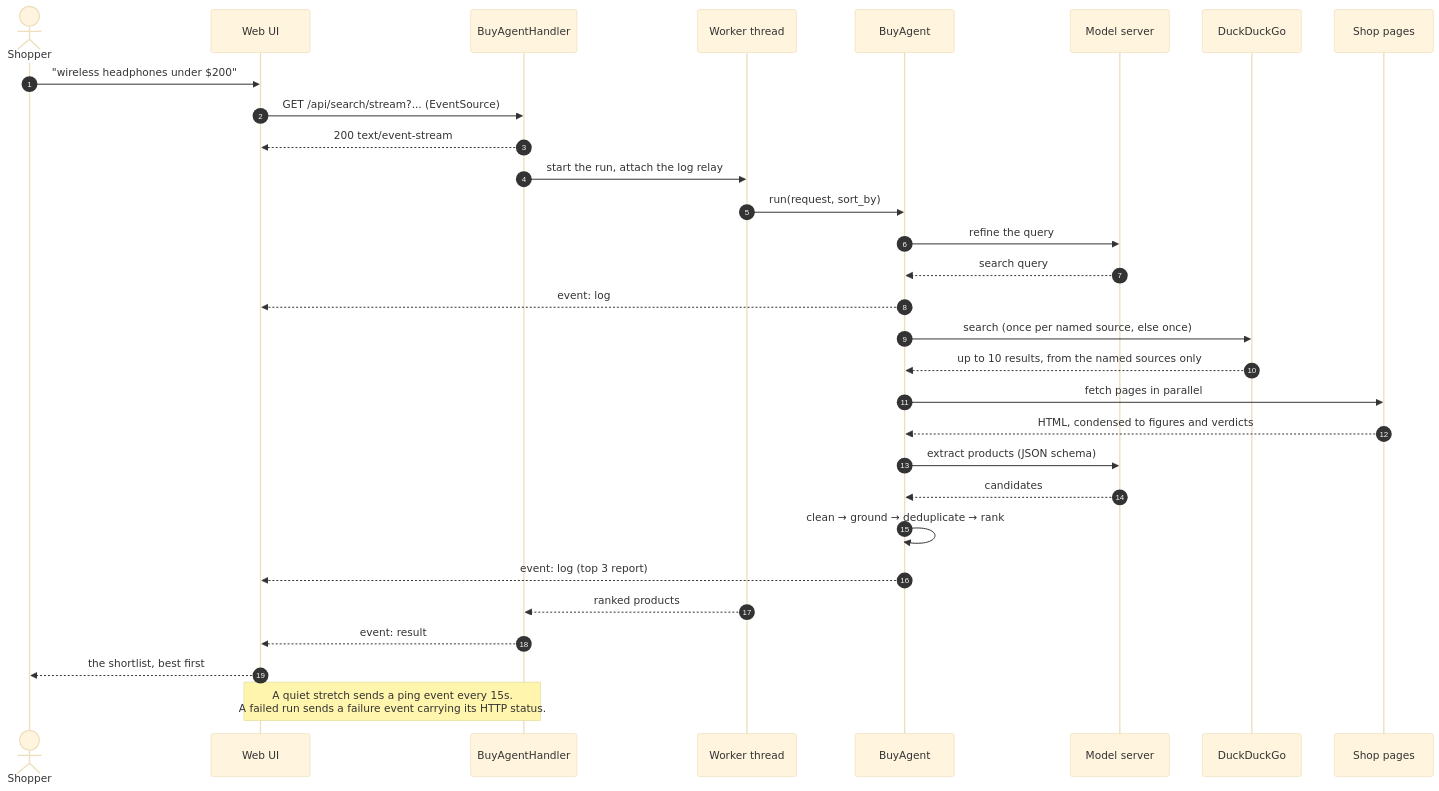
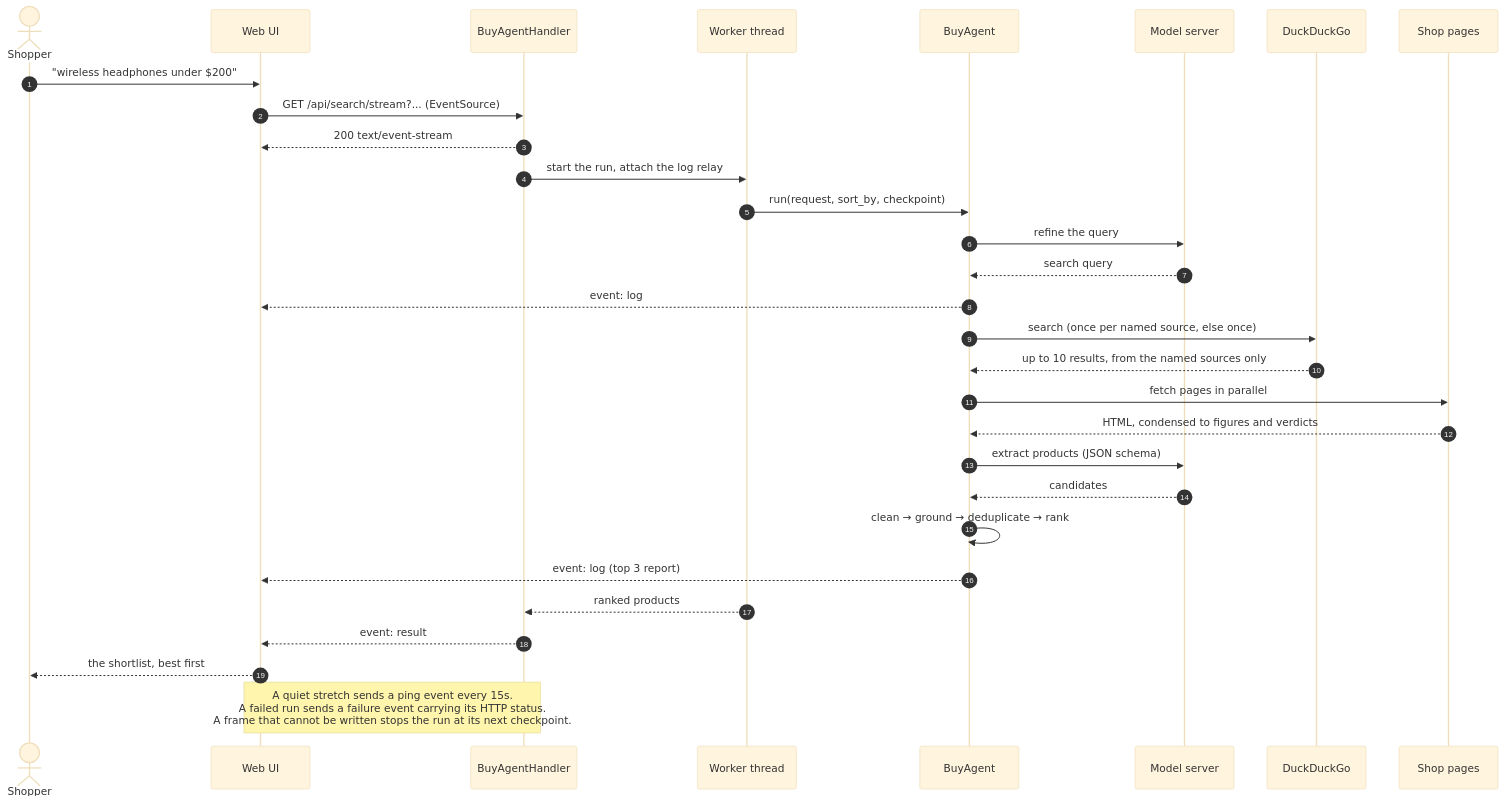
The fifth of 5 diagrams in docs/architecture.md (adamw7/buy_agent), drawn with Mermaid (base theme) before and after one commit. The commit also changed other lines of this file and 13 other files, not shown here.

````diff
--- a/docs/architecture.md
+++ b/docs/architecture.md
@@ -286,33 +291,33 @@
 ```mermaid
 sequenceDiagram
     autonumber
     actor S as Shopper
     participant UI as Web UI
     participant H as BuyAgentHandler
     participant W as Worker thread
     participant A as BuyAgent
     participant O as Model server
     participant D as DuckDuckGo
     participant P as Shop pages
 
     S->>UI: "wireless headphones under $200"
     UI->>H: GET /api/search/stream?... (EventSource)
     H-->>UI: 200 text/event-stream
     H->>W: start the run, attach the log relay
-    W->>A: run(request, sort_by)
+    W->>A: run(request, sort_by, checkpoint)
     A->>O: refine the query
     O-->>A: search query
     A-->>UI: event: log
     A->>D: search (once per named source, else once)
     D-->>A: up to 10 results, from the named sources only
     A->>P: fetch pages in parallel
     P-->>A: HTML, condensed to figures and verdicts
     A->>O: extract products (JSON schema)
     O-->>A: candidates
     A->>A: clean → ground → deduplicate → rank
     A-->>UI: event: log (top 3 report)
     W-->>H: ranked products
     H-->>UI: event: result
     UI-->>S: the shortlist, best first
-    Note over H,UI: A quiet stretch sends a ping event every 15s.<br/>A failed run sends a failure event carrying its HTTP status.
+    Note over H,UI: A quiet stretch sends a ping event every 15s.<br/>A failed run sends a failure event carrying its HTTP status.<br/>A frame that cannot be written stops the run at its next checkpoint.
 ```
````
